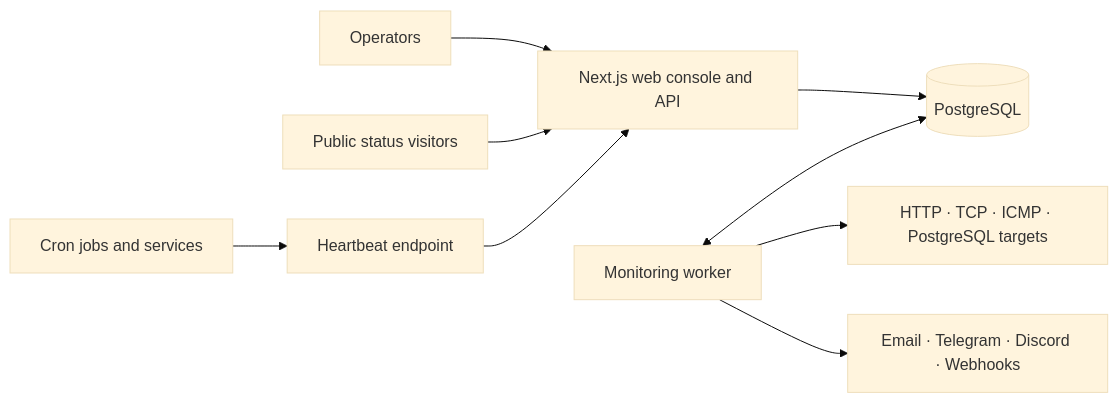
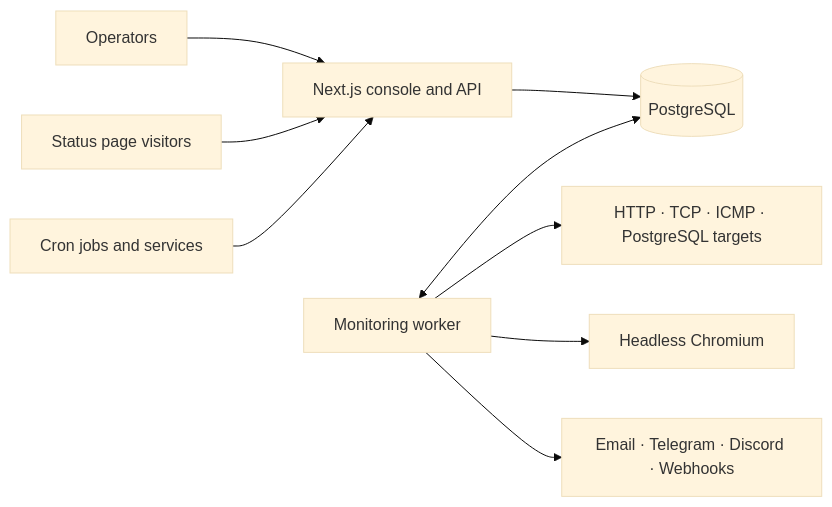
The second of 2 diagrams in README.md (febroine/sentrovia-monitoring), drawn with Mermaid (base theme) before and after one commit. The commit also changed other lines of this file and 3 other files, not shown here.

````diff
--- a/README.md
+++ b/README.md
@@ -207,11 +326,11 @@
 ```mermaid
 flowchart LR
-    Operators["Operators"] --> Web["Next.js web console and API"]
-    Visitors["Public status visitors"] --> Web
-    Jobs["Cron jobs and services"] --> Heartbeat["Heartbeat endpoint"]
-    Heartbeat --> Web
+    Operators["Operators"] --> Web["Next.js console and API"]
+    Visitors["Status page visitors"] --> Web
+    Jobs["Cron jobs and services"] --> Web
     Web --> DB[("PostgreSQL")]
-    Worker["Monitoring worker"] --> Targets["HTTP · TCP · ICMP · PostgreSQL targets"]
+    Worker["Monitoring worker"] <--> DB
+    Worker --> Targets["HTTP · TCP · ICMP · PostgreSQL targets"]
+    Worker --> Browser["Headless Chromium"]
     Worker --> Channels["Email · Telegram · Discord · Webhooks"]
-    Worker <--> DB
 ```
````
